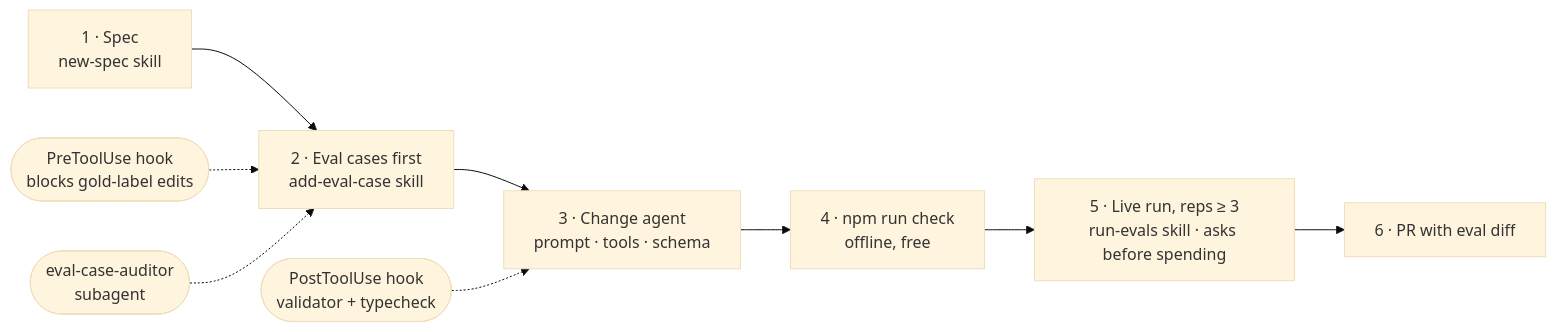
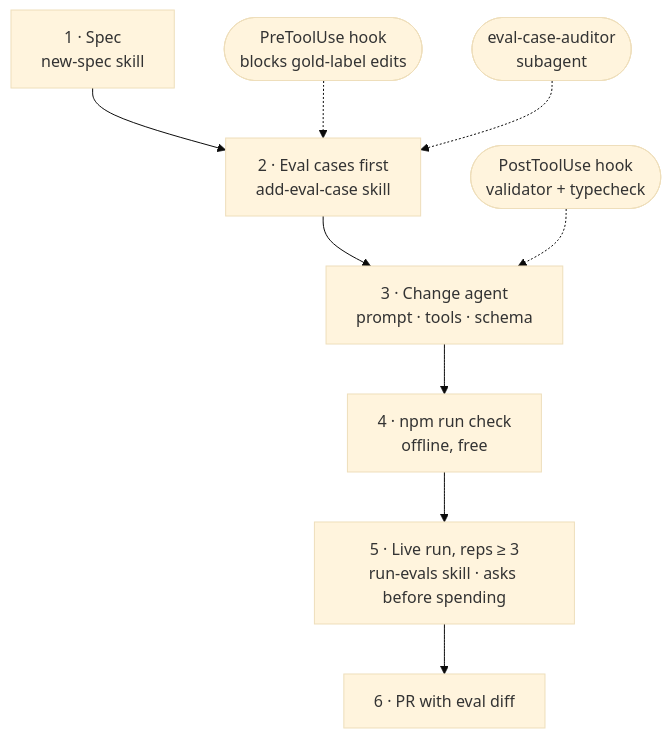
One commit to anthonycoffey/support-triage-agent changed the third of 3 diagrams in README.md. Above: the diagram before and after it, drawn with Mermaid (base theme). The commit also changed other lines of this file, not shown here.

Commit message:
docs: lay out README charts top-down for legibility

````diff
--- a/README.md
+++ b/README.md
@@ -97,11 +97,11 @@
 ```mermaid
-flowchart LR
+flowchart TD
     S["1 · Spec<br/>new-spec skill"] --> C["2 · Eval cases first<br/>add-eval-case skill"]
     C --> X["3 · Change agent<br/>prompt · tools · schema"]
     X --> O["4 · npm run check<br/>offline, free"]
     O --> L["5 · Live run, reps ≥ 3<br/>run-evals skill · asks before spending"]
     L --> P["6 · PR with eval diff"]
     H1(["PreToolUse hook<br/>blocks gold-label edits"]) -.-> C
     H2(["PostToolUse hook<br/>validator + typecheck"]) -.-> X
     AU(["eval-case-auditor<br/>subagent"]) -.-> C
 ```
````
